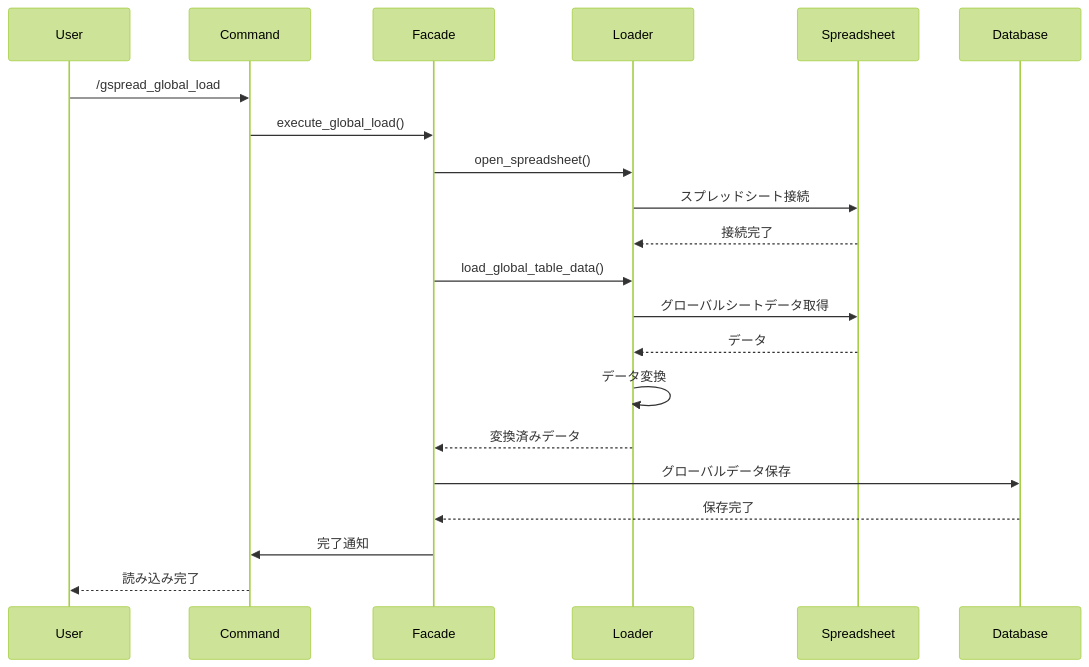
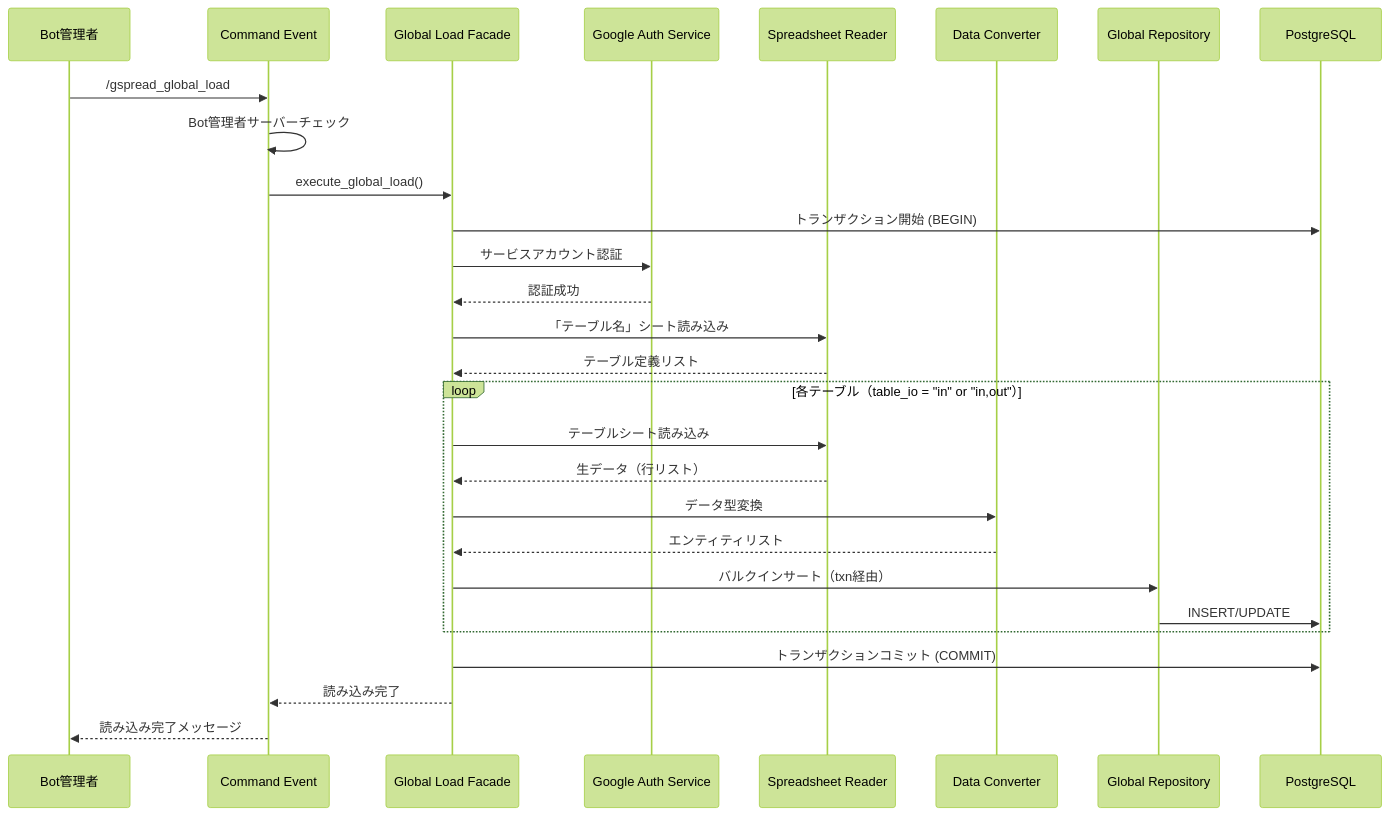
One commit to varubogu/gbf_discord_bot_rs changed the first of 3 diagrams in docs/develop/features/google_spreadsheet_global.md. Above: the diagram before and after it, drawn with Mermaid (forest theme). The commit also changed other lines of this file and 1 other file, not shown here.

````diff
--- a/docs/develop/features/google_spreadsheet_global.md
+++ b/docs/develop/features/google_spreadsheet_global.md
@@ -132,24 +212,38 @@
 ```mermaid
 sequenceDiagram
-    participant U as User
-    participant C as Command
-    participant F as Facade
-    participant L as Loader
-    participant S as Spreadsheet
-    participant D as Database
+    participant User as Bot管理者
+    participant Event as Command Event
+    participant Facade as Global Load Facade
+    participant Auth as Google Auth Service
+    participant Reader as Spreadsheet Reader
+    participant Converter as Data Converter
+    participant Repo as Global Repository
+    participant DB as PostgreSQL
 
-    U->>C: /gspread_global_load
-    C->>F: execute_global_load()
-    F->>L: open_spreadsheet()
-    L->>S: スプレッドシート接続
-    S-->>L: 接続完了
-    F->>L: load_global_table_data()
-    L->>S: グローバルシートデータ取得
-    S-->>L: データ
-    L->>L: データ変換
-    L-->>F: 変換済みデータ
-    F->>D: グローバルデータ保存
-    D-->>F: 保存完了
-    F->>C: 完了通知
-    C-->>U: 読み込み完了
+    User->>Event: /gspread_global_load
+    Event->>Event: Bot管理者サーバーチェック
+    Event->>Facade: execute_global_load()
+
+    Facade->>DB: トランザクション開始 (BEGIN)
+
+    Facade->>Auth: サービスアカウント認証
+    Auth-->>Facade: 認証成功
+
+    Facade->>Reader: 「テーブル名」シート読み込み
+    Reader-->>Facade: テーブル定義リスト
+
+    loop 各テーブル（table_io = "in" or "in,out"）
+        Facade->>Reader: テーブルシート読み込み
+        Reader-->>Facade: 生データ（行リスト）
+
+        Facade->>Converter: データ型変換
+        Converter-->>Facade: エンティティリスト
+
+        Facade->>Repo: バルクインサート（txn経由）
+        Repo->>DB: INSERT/UPDATE
+    end
+
+    Facade->>DB: トランザクションコミット (COMMIT)
+    Facade-->>Event: 読み込み完了
+    Event-->>User: 読み込み完了メッセージ
 ```
````
